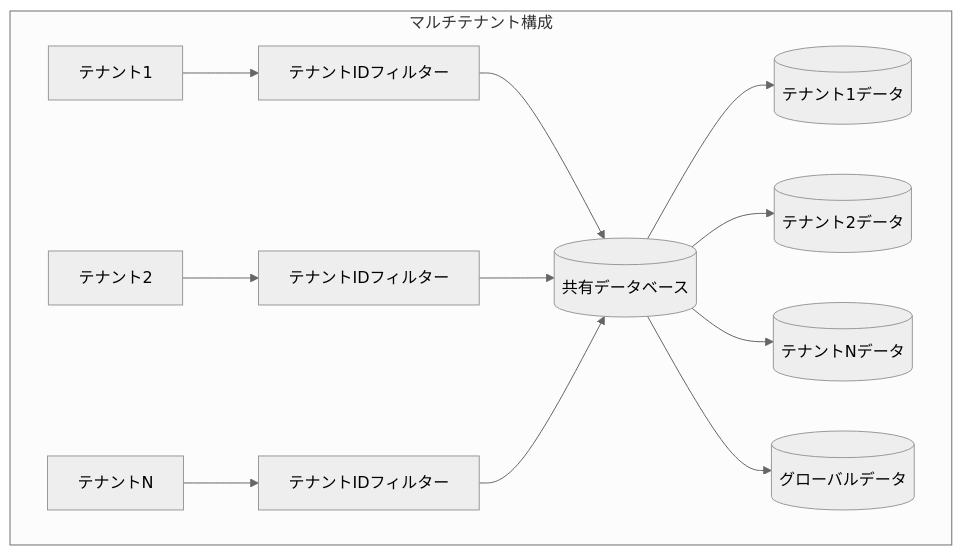
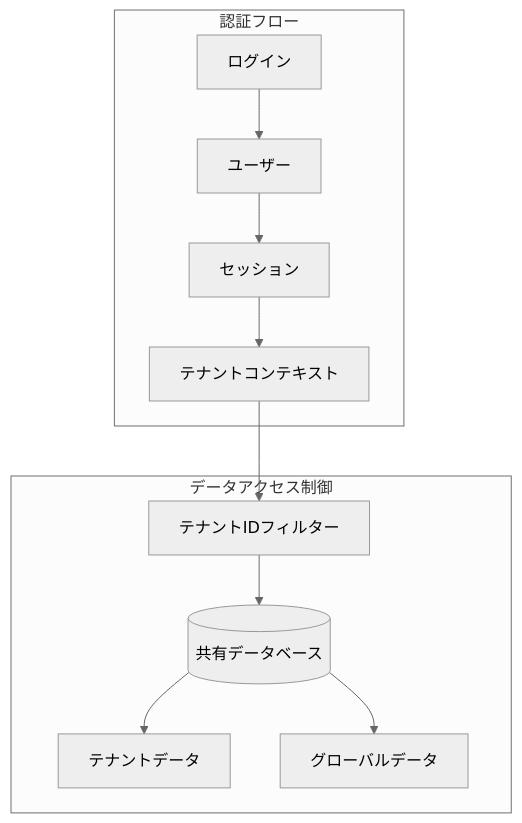
Before and after one commit to ryryo/ai-saas-template: the second of 7 diagrams in docs/startup/d3-1_system-architecture.md, drawn with Mermaid (neutral theme). The commit also changed other lines of this file and 3 other files, not shown here.

````diff
--- a/docs/startup/d3-1_system-architecture.md
+++ b/docs/startup/d3-1_system-architecture.md
@@ -127,21 +143,20 @@
 ```mermaid
 graph TD
-    subgraph "マルチテナント構成"
-        Tenant1[テナント1]
-        Tenant2[テナント2]
-        TenantN[テナントN]
+    subgraph "認証フロー"
+        Login[ログイン]
+        User[ユーザー]
+        Session[セッション]
         
-        Tenant1 --> Filter1[テナントIDフィルター]
-        Tenant2 --> Filter2[テナントIDフィルター]
-        TenantN --> FilterN[テナントIDフィルター]
+        Login --> User
+        User --> Session
+        Session --> TenantContext[テナントコンテキスト]
+    end
+    
+    subgraph "データアクセス制御"
+        TenantContext --> Filter[テナントIDフィルター]
+        Filter --> SharedDB[(共有データベース)]
         
-        Filter1 --> SharedDB[(共有データベース)]
-        Filter2 --> SharedDB
-        FilterN --> SharedDB
-        
-        SharedDB --> TenantData1[(テナント1データ)]
-        SharedDB --> TenantData2[(テナント2データ)]
-        SharedDB --> TenantDataN[(テナントNデータ)]
-        SharedDB --> GlobalData[(グローバルデータ)]
+        SharedDB --> TenantData[テナントデータ]
+        SharedDB --> GlobalData[グローバルデータ]
     end
 ```
````
